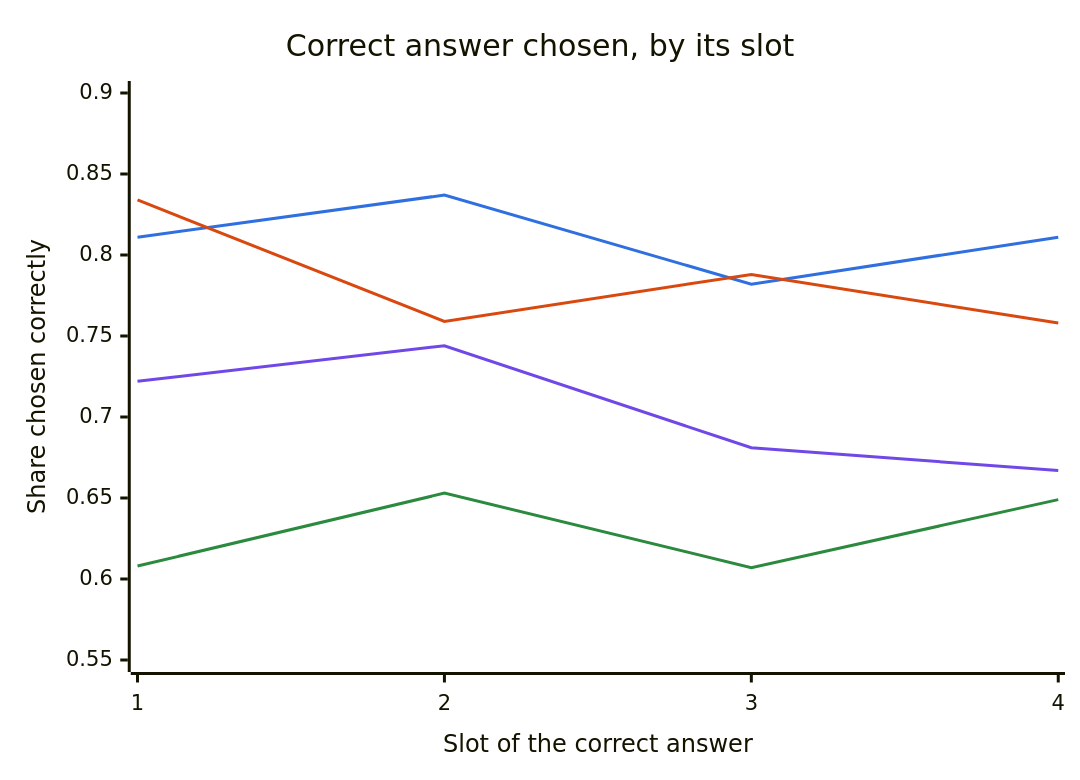
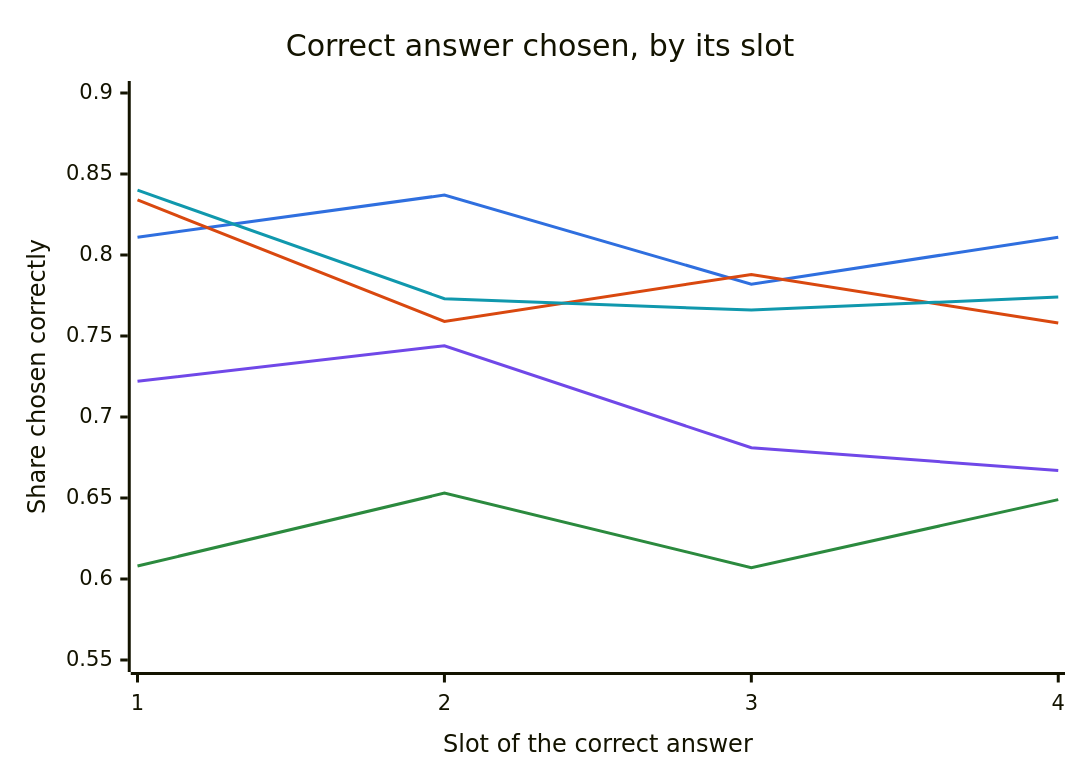
One commit to dorkitude/order-blind-decisions changed the first of 3 diagrams in README.md. Above: the diagram before and after it, drawn with Mermaid. The commit also changed other lines of this file and 12 other files, not shown here.

````diff
--- a/README.md
+++ b/README.md
@@ -51,11 +52,12 @@
 ```mermaid
-%%{init: {"themeVariables": {"xyChart": {"plotColorPalette": "#2f6fdf, #d9480f, #2b8a3e, #7048e8"}}}}%%
+%%{init: {"themeVariables": {"xyChart": {"plotColorPalette": "#2f6fdf, #d9480f, #2b8a3e, #7048e8, #1098ad"}}}}%%
 xychart-beta
     title "Correct answer chosen, by its slot"
     x-axis "Slot of the correct answer" [1, 2, 3, 4]
     y-axis "Share chosen correctly" 0.55 --> 0.90
     line [0.811, 0.837, 0.782, 0.811]
     line [0.834, 0.759, 0.788, 0.758]
     line [0.608, 0.653, 0.607, 0.649]
     line [0.722, 0.744, 0.681, 0.667]
+    line [0.840, 0.773, 0.766, 0.774]
 ```
````
